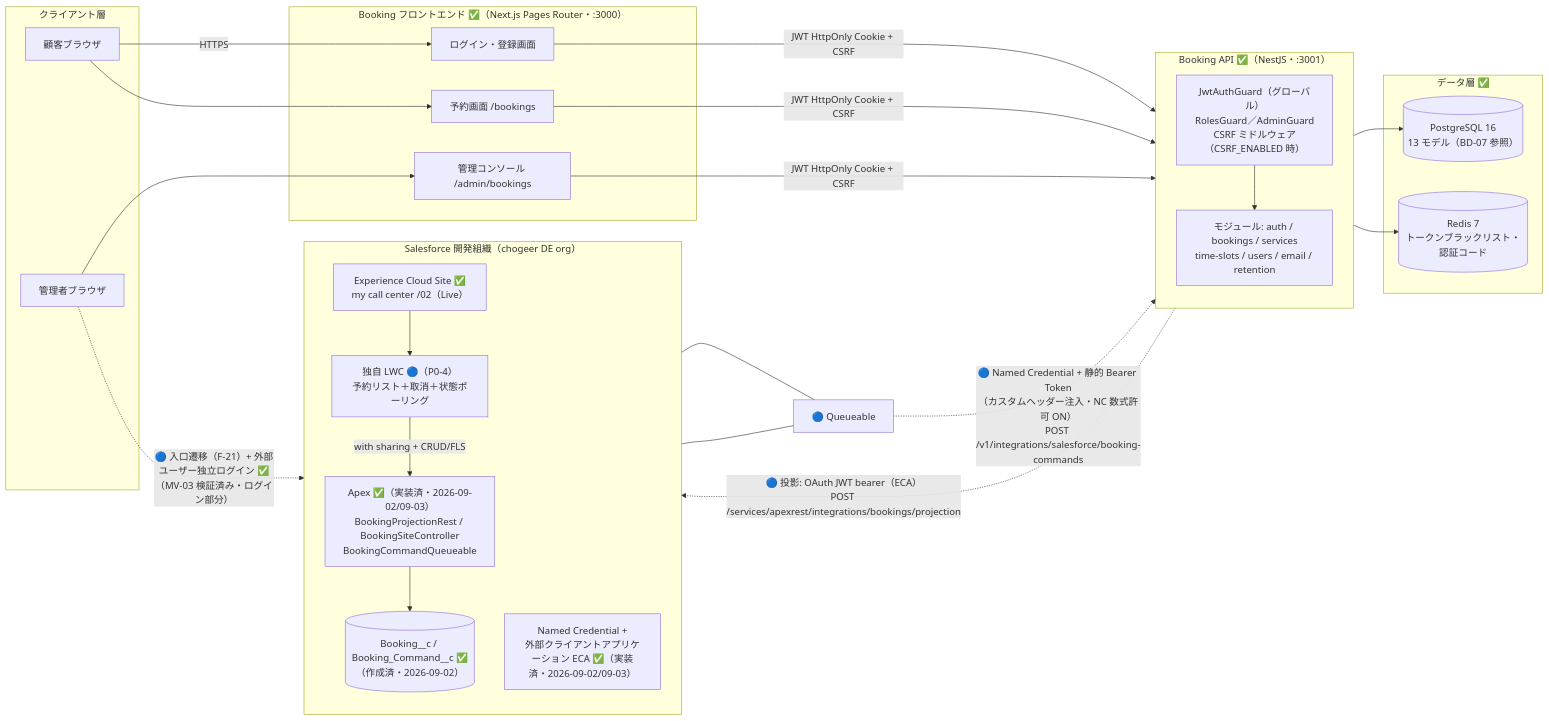
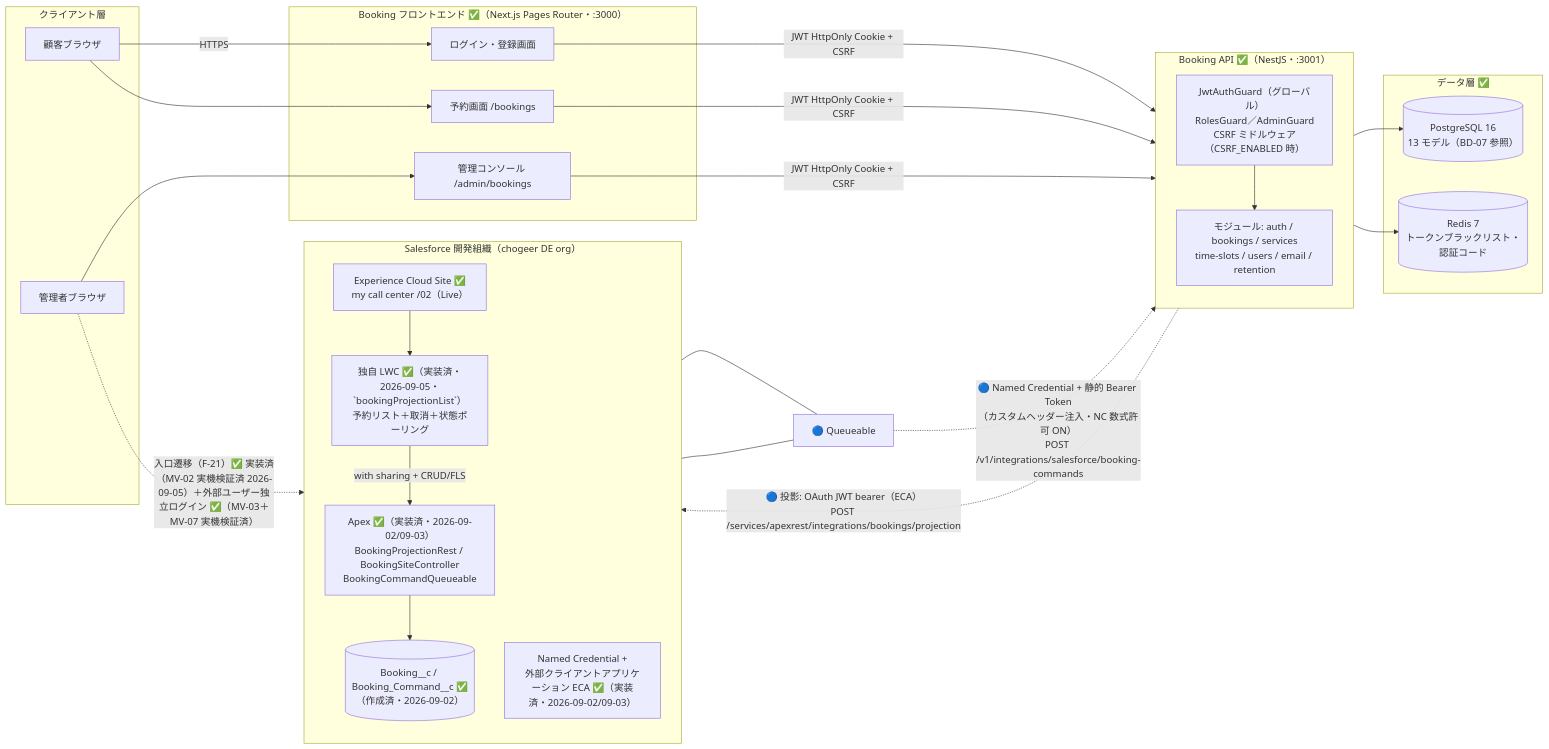
The diagram in docs/asset/basic-design/system-architecture.md (Cho-Geer/chogeer), drawn with Mermaid before and after one commit. The commit also changed other lines of this file and 13 other files, not shown here.

````diff
--- a/docs/asset/basic-design/system-architecture.md
+++ b/docs/asset/basic-design/system-architecture.md
@@ -21,50 +21,50 @@
 ```mermaid
 flowchart LR
     subgraph CL["クライアント層"]
         CU["顧客ブラウザ"]
         AU["管理者ブラウザ"]
     end
 
     subgraph BF["Booking フロントエンド ✅（Next.js Pages Router・:3000）"]
         LP["ログイン・登録画面"]
         BP["予約画面 /bookings"]
         AP["管理コンソール /admin/bookings"]
     end
 
     subgraph BA["Booking API ✅（NestJS・:3001）"]
         direction TB
         GUARD["JwtAuthGuard（グローバル）<br/>RolesGuard／AdminGuard<br/>CSRF ミドルウェア（CSRF_ENABLED 時）"]
         MOD["モジュール: auth / bookings / services<br/>time-slots / users / email / retention"]
     end
 
     subgraph DATA["データ層 ✅"]
         PG[("PostgreSQL 16<br/>13 モデル（BD-07 参照）")]
         RD[("Redis 7<br/>トークンブラックリスト・認証コード")]
     end
 
     subgraph SF["Salesforce 開発組織（chogeer DE org）"]
         direction TB
         SITE["Experience Cloud Site ✅<br/>my call center /02（Live）"]
-        LWC["独自 LWC 🔵（P0-4）<br/>予約リスト＋取消＋状態ポーリング"]
+        LWC["独自 LWC ✅（実装済・2026-09-05・`bookingProjectionList`）<br/>予約リスト＋取消＋状態ポーリング"]
         APEX["Apex ✅（実装済・2026-09-02/09-03）<br/>BookingProjectionRest / BookingSiteController<br/>BookingCommandQueueable"]
         OBJ[("Booking__c / Booking_Command__c ✅（作成済・2026-09-02）")]
         NC["Named Credential +<br/>外部クライアントアプリケーション ECA ✅（実装済・2026-09-02/09-03）"]
     end
 
     CU -->|"HTTPS"| LP
     CU --> BP
     AU --> AP
     LP & BP & AP -->|"JWT HttpOnly Cookie + CSRF"| GUARD
     GUARD --> MOD
     MOD --> PG
     MOD --> RD
 
     MOD -.->|"🔵 投影: OAuth JWT bearer（ECA）<br/>POST /services/apexrest/integrations/bookings/projection"| APEX
     APEX --> OBJ
     LWC -->|"with sharing + CRUD/FLS"| APEX
     SITE --> LWC
-    AU -.->|"🔵 入口遷移（F-21）+ 外部ユーザー独立ログイン ✅（MV-03 検証済み・ログイン部分）"| SITE
+    AU -.->|"入口遷移（F-21）✅ 実装済（MV-02 実機検証済 2026-09-05）＋外部ユーザー独立ログイン ✅（MV-03＋MV-07 実機検証済）"| SITE
     SQ["🔵 Queueable"] -.->|"🔵 Named Credential + 静的 Bearer Token<br/>（カスタムヘッダー注入・NC 数式許可 ON）<br/>POST /v1/integrations/salesforce/booking-commands"| MOD
     APEX --- SQ
     SQ --- NC
 ```
````
